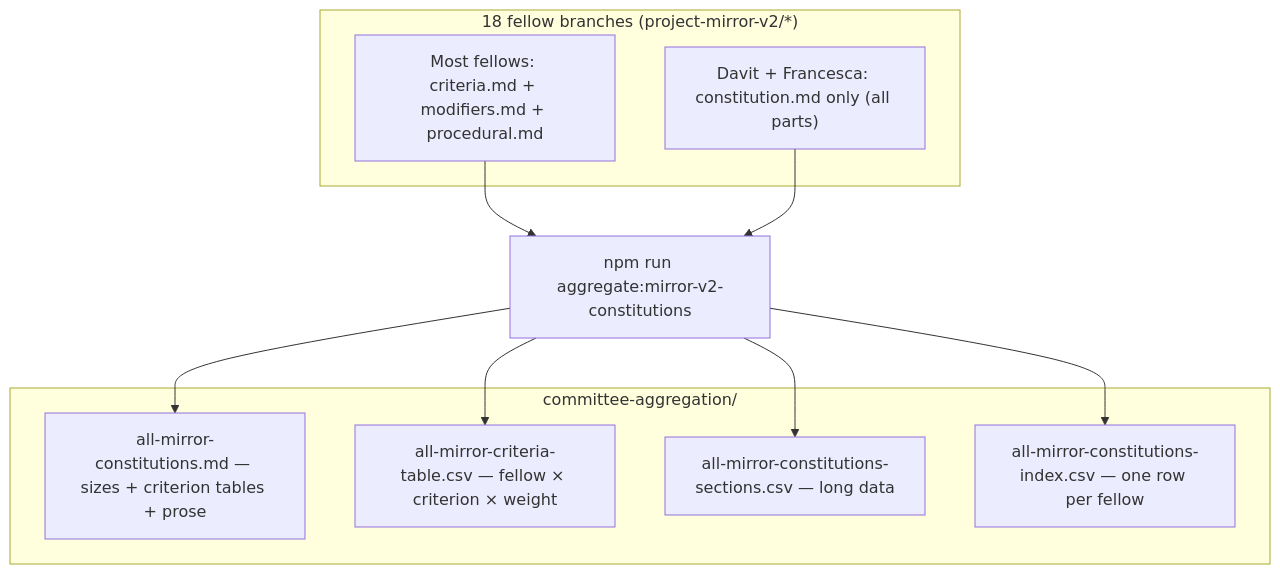
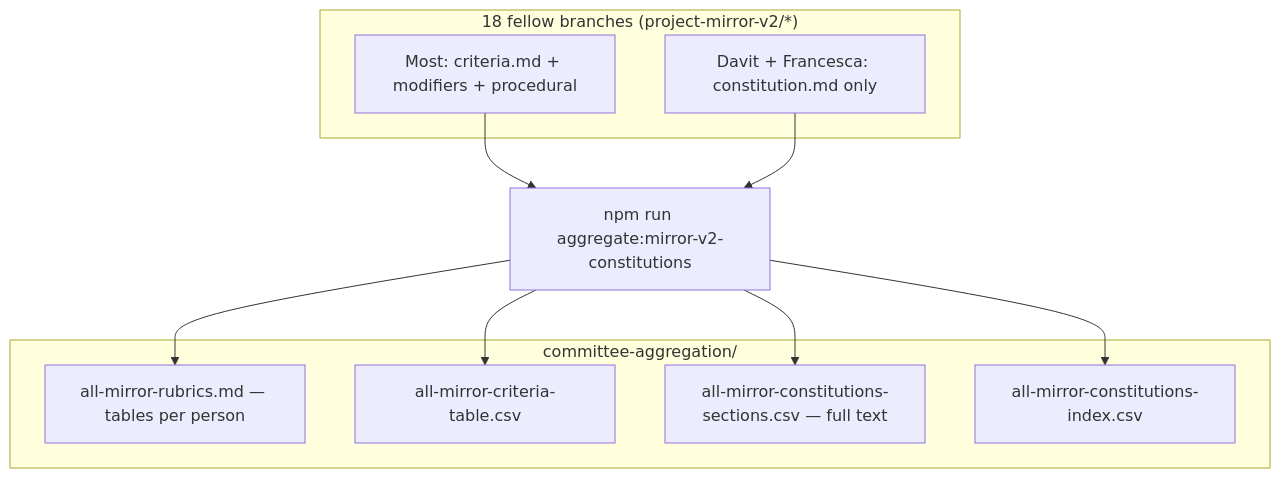
The diagram in iterations/project-mirror-v2/committee-aggregation/pr-93-body.md (nwspk/politech-awards-2026), drawn with Mermaid before and after one commit. The commit also changed other lines of this file and 5 other files, not shown here.

First line of the commit message:
refactor(aggregate): single readable all-mirror-rubrics.md (table per fellow)

````diff
--- a/iterations/project-mirror-v2/committee-aggregation/pr-93-body.md
+++ b/iterations/project-mirror-v2/committee-aggregation/pr-93-body.md
@@ -5,23 +11,20 @@
 ```mermaid
 flowchart TB
   subgraph sources["18 fellow branches (project-mirror-v2/*)"]
-    split["Most fellows: criteria.md + modifiers.md + procedural.md"]
-    single["Davit + Francesca: constitution.md only (all parts)"]
+    split["Most: criteria.md + modifiers + procedural"]
+    single["Davit + Francesca: constitution.md only"]
   end
-
   run["npm run aggregate:mirror-v2-constitutions"]
-
-  subgraph artifacts["committee-aggregation/"]
-    md["all-mirror-constitutions.md — sizes + criterion tables + prose"]
-    crit["all-mirror-criteria-table.csv — fellow × criterion × weight"]
-    sec["all-mirror-constitutions-sections.csv — long data"]
-    idx["all-mirror-constitutions-index.csv — one row per fellow"]
+  subgraph out["committee-aggregation/"]
+    md["all-mirror-rubrics.md — tables per person"]
+    crit["all-mirror-criteria-table.csv"]
+    sec["all-mirror-constitutions-sections.csv — full text"]
+    idx["all-mirror-constitutions-index.csv"]
   end
-
   split --> run
   single --> run
   run --> md
   run --> crit
   run --> sec
   run --> idx
 ```
````
